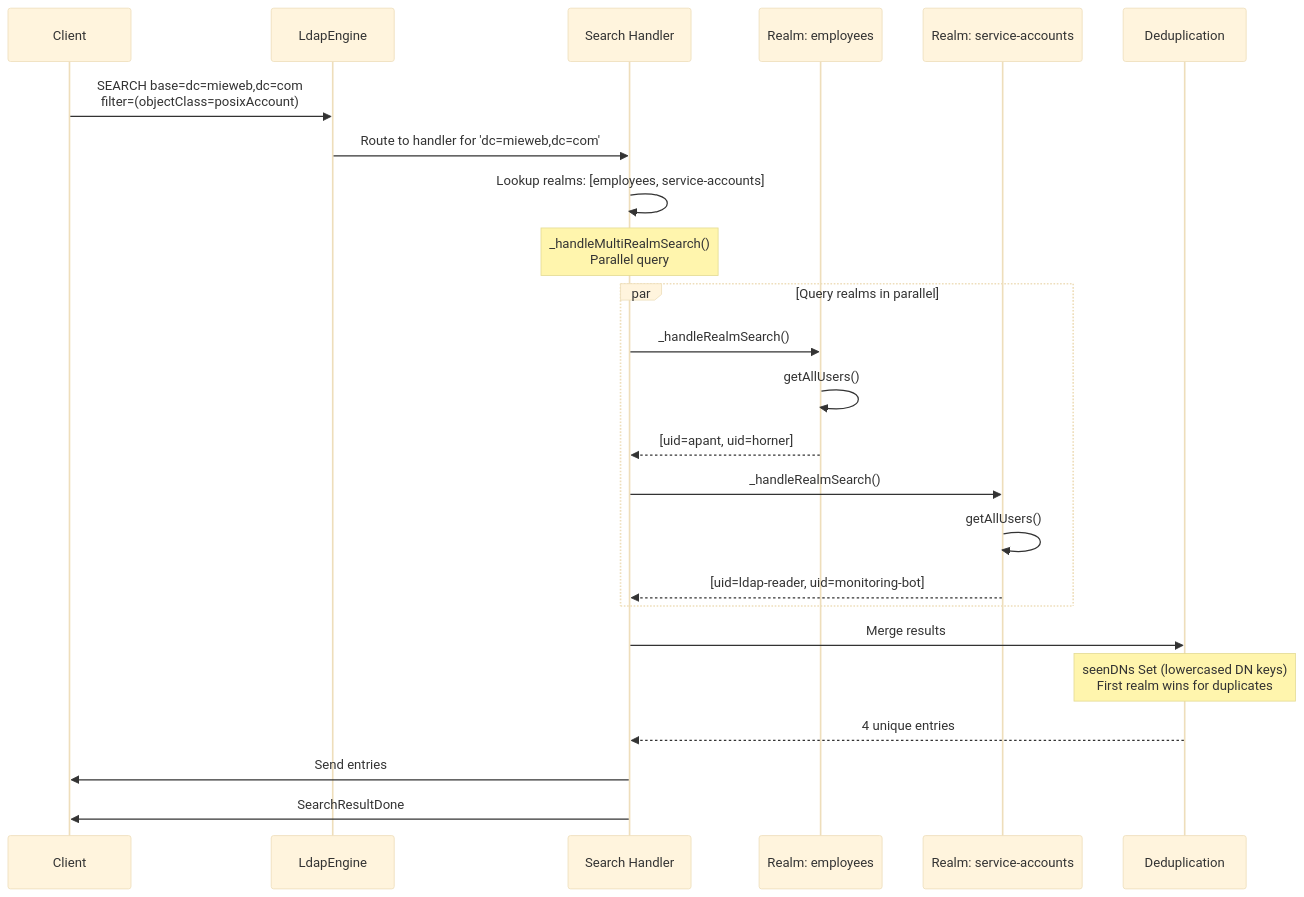
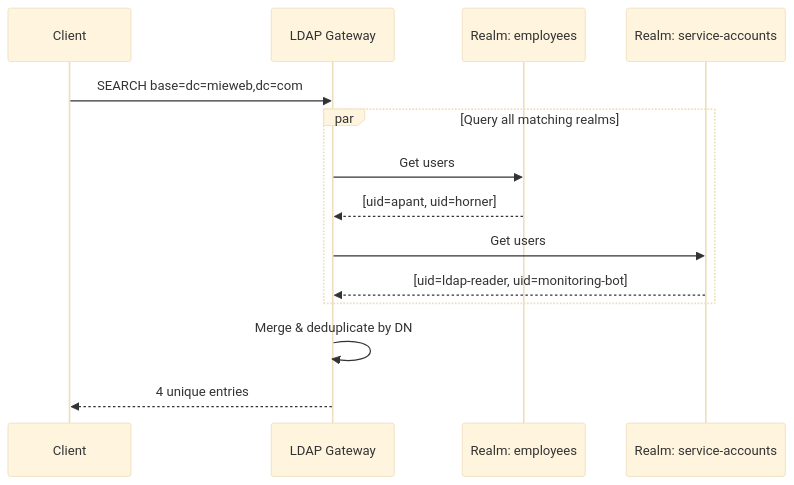
One commit to mieweb/LDAPServer changed the third of 4 diagrams in docs/MULTI-REALM-ARCHITECTURE.md. Above: the diagram before and after it, drawn with Mermaid (base theme). The commit also changed other lines of this file, not shown here.

````diff
--- a/docs/MULTI-REALM-ARCHITECTURE.md
+++ b/docs/MULTI-REALM-ARCHITECTURE.md
@@ -274,34 +145,21 @@
 ```mermaid
 sequenceDiagram
     participant Client
-    participant Engine as LdapEngine
-    participant Handler as Search Handler
+    participant Gateway as LDAP Gateway
     participant R1 as Realm: employees
     participant R2 as Realm: service-accounts
-    participant Dedupe as Deduplication
 
-    Client->>Engine: SEARCH base=dc=mieweb,dc=com<br/>filter=(objectClass=posixAccount)
+    Client->>Gateway: SEARCH base=dc=mieweb,dc=com
 
-    Engine->>Handler: Route to handler for 'dc=mieweb,dc=com'
-    Handler->>Handler: Lookup realms: [employees, service-accounts]
-
-    Note over Handler: _handleMultiRealmSearch()<br/>Parallel query
-
-    par Query realms in parallel
-        Handler->>R1: _handleRealmSearch()
-        R1->>R1: getAllUsers()
-        R1-->>Handler: [uid=apant, uid=horner]
+    par Query all matching realms
+        Gateway->>R1: Get users
+        R1-->>Gateway: [uid=apant, uid=horner]
         
-        Handler->>R2: _handleRealmSearch()
-        R2->>R2: getAllUsers()
-        R2-->>Handler: [uid=ldap-reader, uid=monitoring-bot]
+        Gateway->>R2: Get users
+        R2-->>Gateway: [uid=ldap-reader, uid=monitoring-bot]
     end
 
-    Handler->>Dedupe: Merge results
-    Note over Dedupe: seenDNs Set (lowercased DN keys)<br/>First realm wins for duplicates
+    Gateway->>Gateway: Merge & deduplicate by DN
 
-    Dedupe-->>Handler: 4 unique entries
-
-    Handler->>Client: Send entries
-    Handler->>Client: SearchResultDone
+    Gateway-->>Client: 4 unique entries
 ```
````
